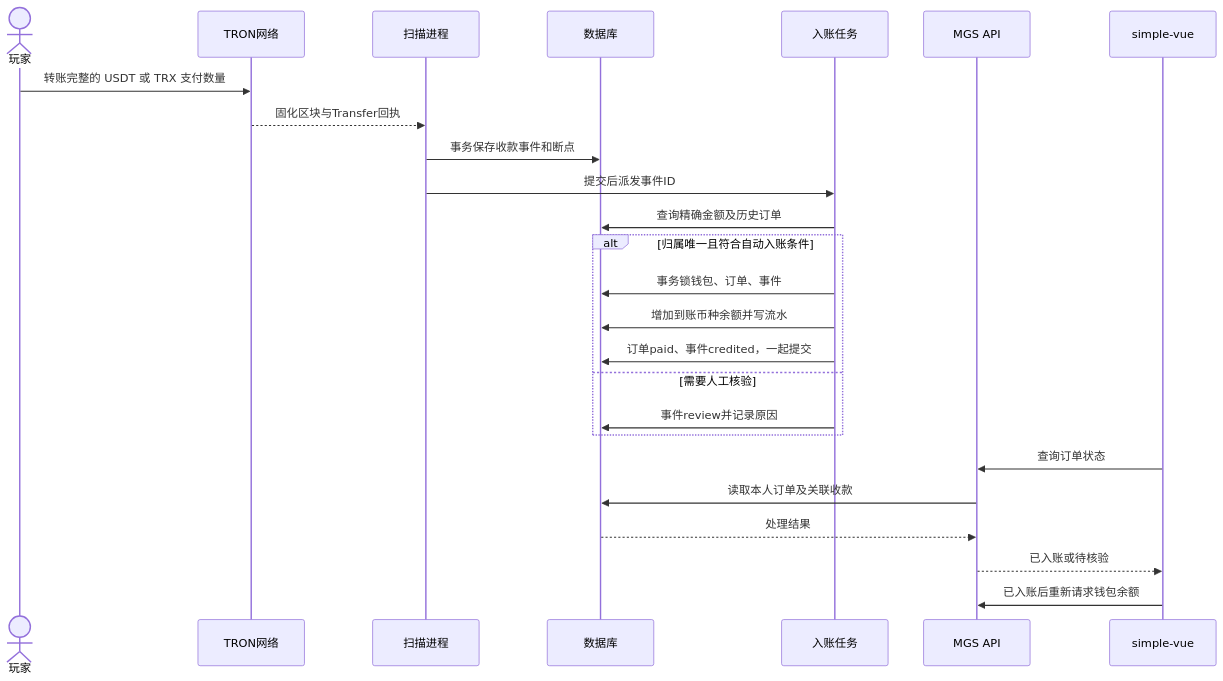
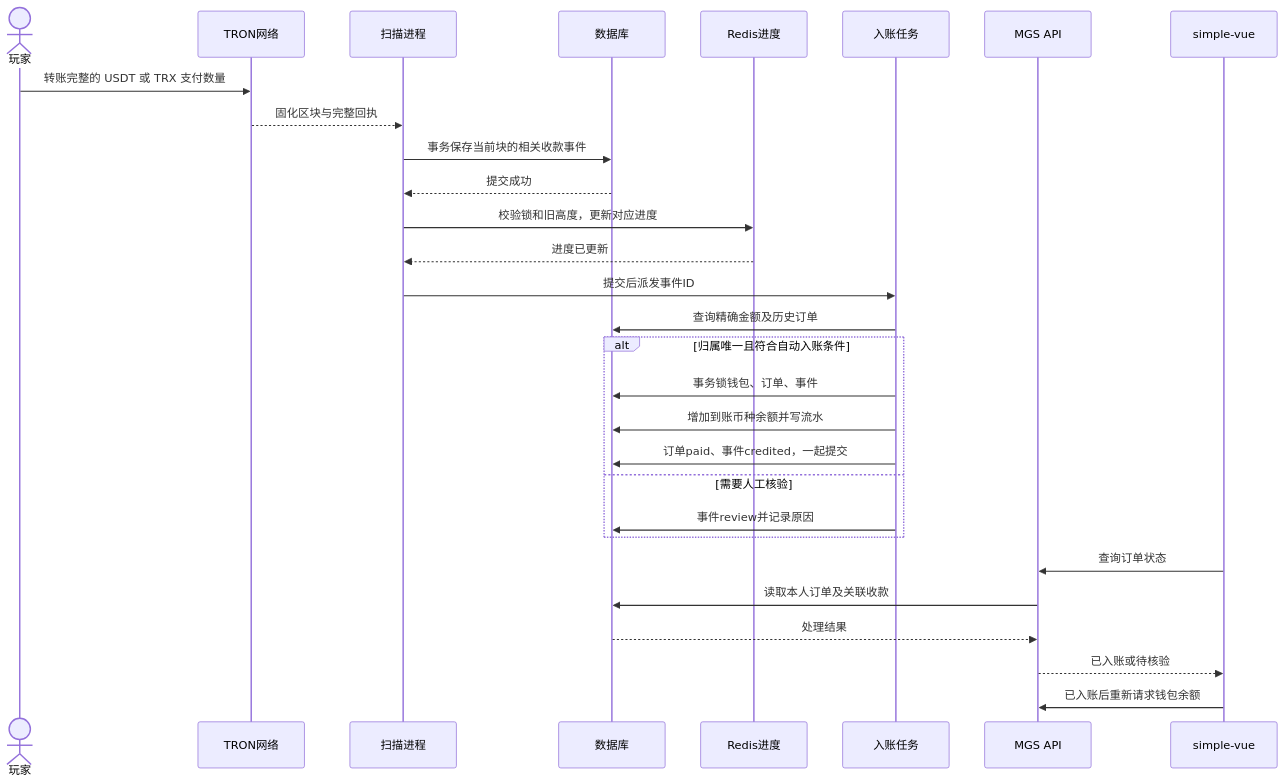
One commit to card-engine/game-platform changed the third of 3 diagrams in simple-vue充值技术方案.md. Above: the diagram before and after it, drawn with Mermaid. The commit also changed other lines of this file and 57 other files, not shown here.

Commit message:
feat: 实现自营充值扫块入账及自有币种图标

````diff
--- a/simple-vue充值技术方案.md
+++ b/simple-vue充值技术方案.md
@@ -232,27 +325,31 @@
 ```mermaid
 sequenceDiagram
     actor U as 玩家
     participant T as TRON网络
     participant S as 扫描进程
     participant D as 数据库
+    participant R as Redis进度
     participant Q as 入账任务
     participant A as MGS API
     participant V as simple-vue
     U->>T: 转账完整的 USDT 或 TRX 支付数量
-    T-->>S: 固化区块与Transfer回执
-    S->>D: 事务保存收款事件和断点
+    T-->>S: 固化区块与完整回执
+    S->>D: 事务保存当前块的相关收款事件
+    D-->>S: 提交成功
+    S->>R: 校验锁和旧高度，更新对应进度
+    R-->>S: 进度已更新
     S->>Q: 提交后派发事件ID
     Q->>D: 查询精确金额及历史订单
     alt 归属唯一且符合自动入账条件
         Q->>D: 事务锁钱包、订单、事件
         Q->>D: 增加到账币种余额并写流水
         Q->>D: 订单paid、事件credited，一起提交
     else 需要人工核验
         Q->>D: 事件review并记录原因
     end
     V->>A: 查询订单状态
     A->>D: 读取本人订单及关联收款
     D-->>A: 处理结果
     A-->>V: 已入账或待核验
     V->>A: 已入账后重新请求钱包余额
 ```
````
